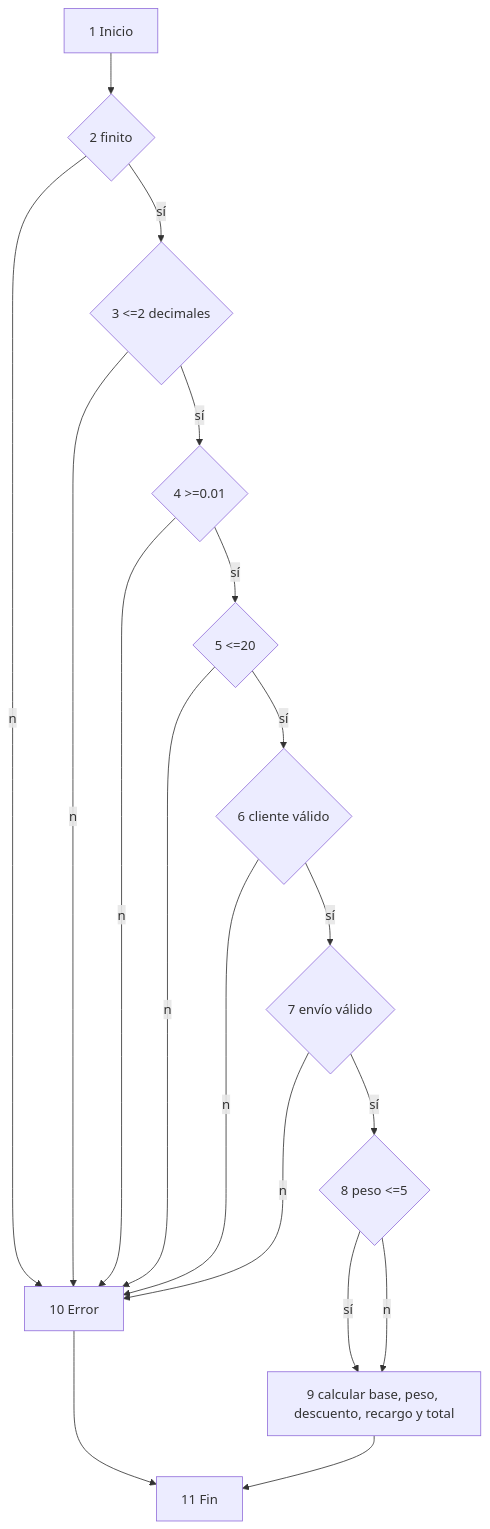
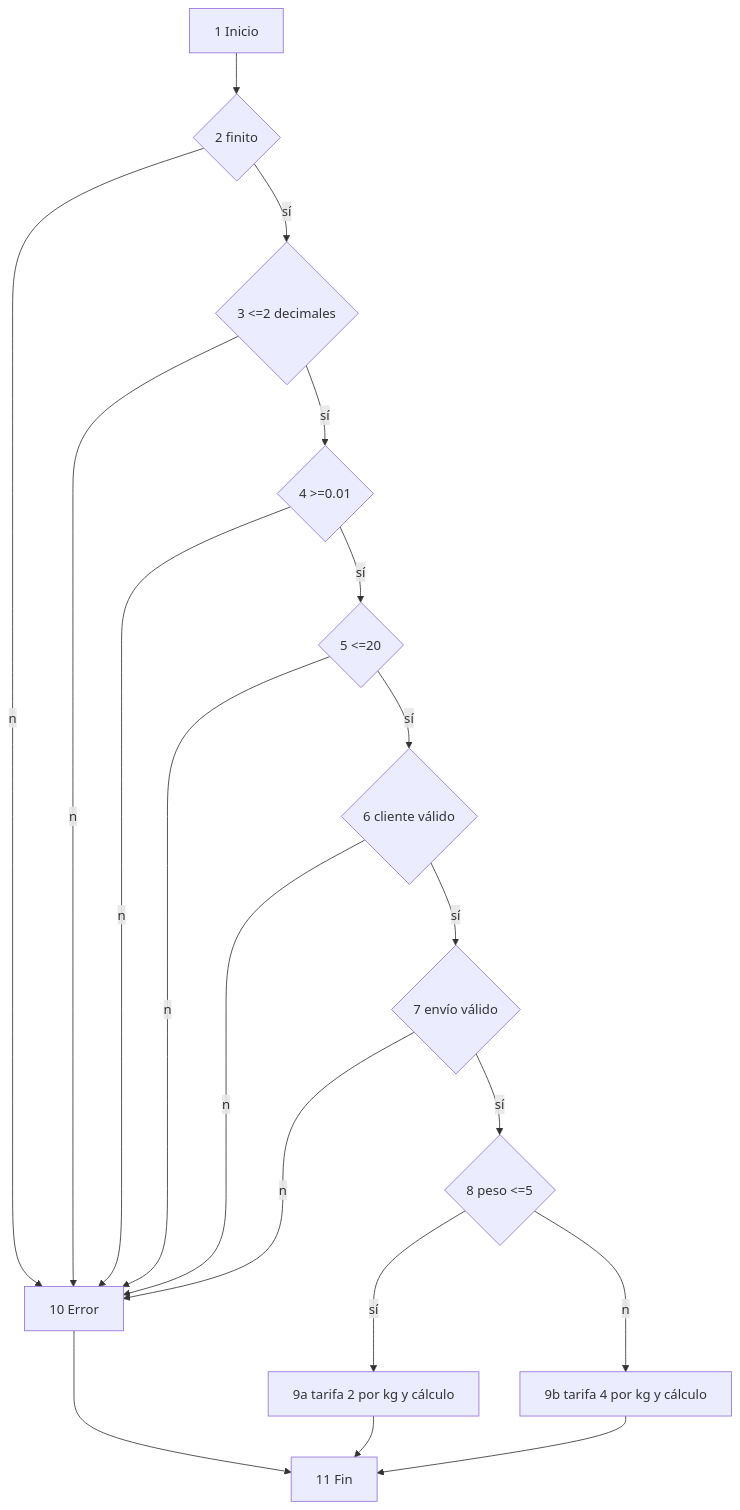
Before and after one commit to Geriberto123/FastExpress: the diagram in docs/informe_qa.md, drawn with Mermaid. The commit also changed other lines of this file and 58 other files, not shown here.

````diff
--- a/docs/informe_qa.md
+++ b/docs/informe_qa.md
@@ -63,20 +107,21 @@
 ```mermaid
 flowchart TD
  n1[1 Inicio]-->n2{2 finito}
  n2--no-->n10[10 Error]
  n2--sí-->n3{3 <=2 decimales}
  n3--no-->n10
  n3--sí-->n4{4 >=0.01}
  n4--no-->n10
  n4--sí-->n5{5 <=20}
  n5--no-->n10
  n5--sí-->n6{6 cliente válido}
  n6--no-->n10
  n6--sí-->n7{7 envío válido}
  n7--no-->n10
  n7--sí-->n8{8 peso <=5}
- n8--sí-->n9[9 calcular base, peso, descuento, recargo y total]
- n8--no-->n9
- n9-->n11[11 Fin]
+ n8--sí-->n9a[9a tarifa 2 por kg y cálculo]
+ n8--no-->n9b[9b tarifa 4 por kg y cálculo]
+ n9a-->n11[11 Fin]
+ n9b-->n11
  n10-->n11
 ```
````
